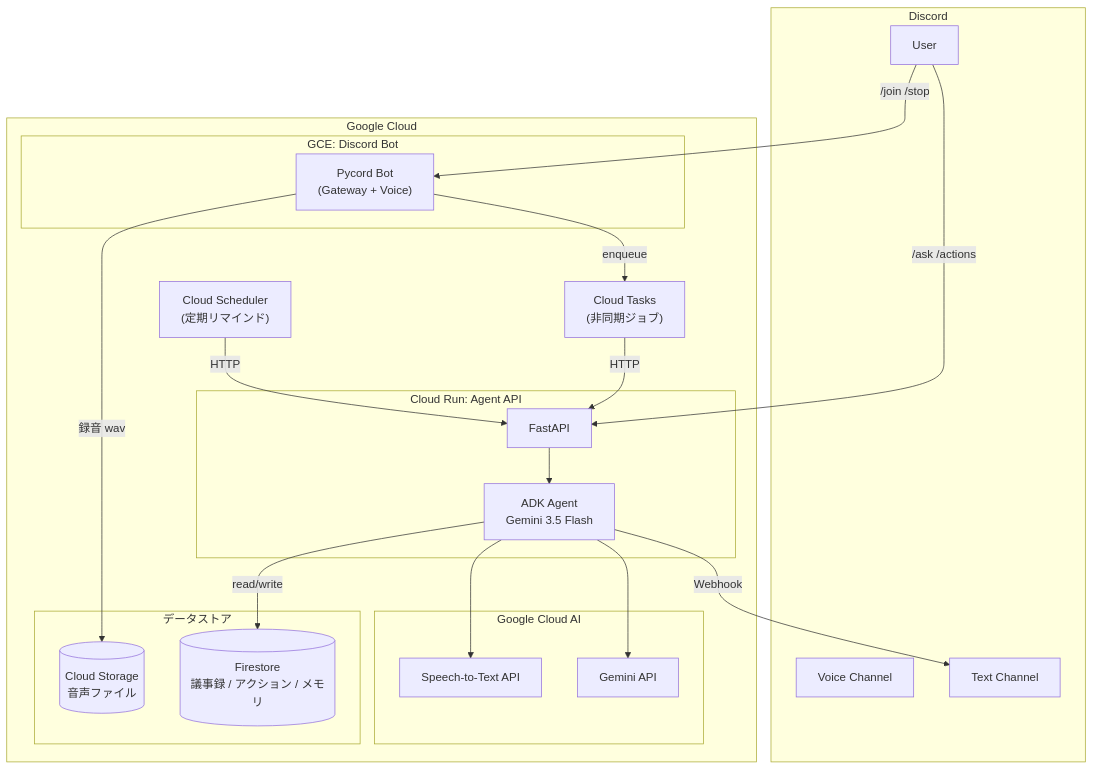
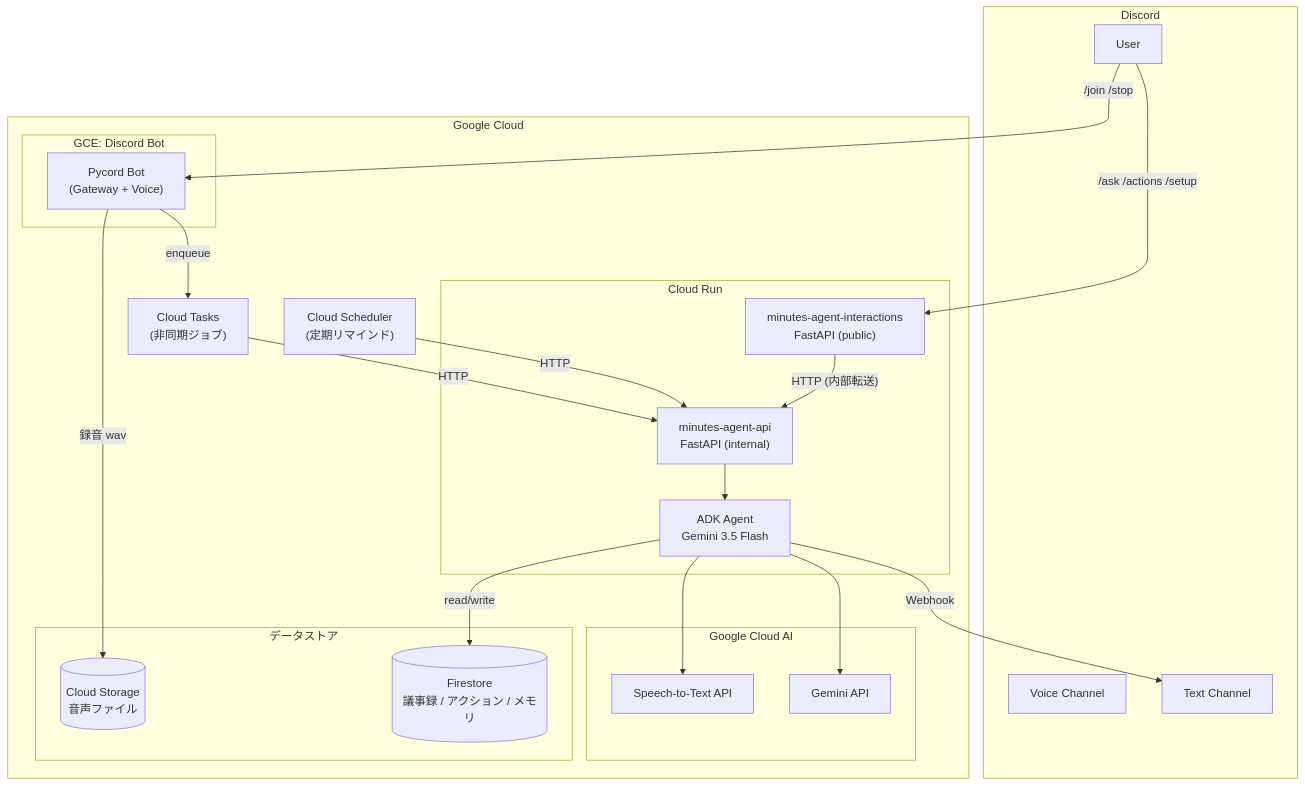
Before and after one commit to hinapupil/minutes-agent: the first of 7 diagrams in docs/design.md, drawn with Mermaid. The commit also changed other lines of this file and 1 other file, not shown here.

````diff
--- a/docs/design.md
+++ b/docs/design.md
@@ -51,44 +51,46 @@
 ```mermaid
 flowchart TB
     subgraph Discord
         User["User"]
         VC["Voice Channel"]
         TC["Text Channel"]
     end
 
     subgraph GCP["Google Cloud"]
         subgraph GCE["GCE: Discord Bot"]
             Bot["Pycord Bot<br/>(Gateway + Voice)"]
         end
 
         CT["Cloud Tasks<br/>(非同期ジョブ)"]
         CS["Cloud Scheduler<br/>(定期リマインド)"]
 
-        subgraph CR["Cloud Run: Agent API"]
-            API["FastAPI"]
+        subgraph CR["Cloud Run"]
+            API["minutes-agent-api<br/>FastAPI (internal)"]
             ADK["ADK Agent<br/>Gemini 3.5 Flash"]
+            INT["minutes-agent-interactions<br/>FastAPI (public)"]
         end
 
         subgraph AI["Google Cloud AI"]
             STT["Speech-to-Text API"]
             Gemini["Gemini API"]
         end
 
         subgraph Data["データストア"]
             GCS[("Cloud Storage<br/>音声ファイル")]
             FS[("Firestore<br/>議事録 / アクション / メモリ")]
         end
     end
 
     User -- "/join /stop" --> Bot
-    User -- "/ask /actions" --> API
+    User -- "/ask /actions /setup" --> INT
     Bot -- "録音 wav" --> GCS
     Bot -- "enqueue" --> CT
     CT -- "HTTP" --> API
     CS -- "HTTP" --> API
+    INT -- "HTTP (内部転送)" --> API
     API --> ADK
     ADK --> STT
     ADK --> Gemini
     ADK -- "read/write" --> FS
     ADK -- "Webhook" --> TC
 ```
````
